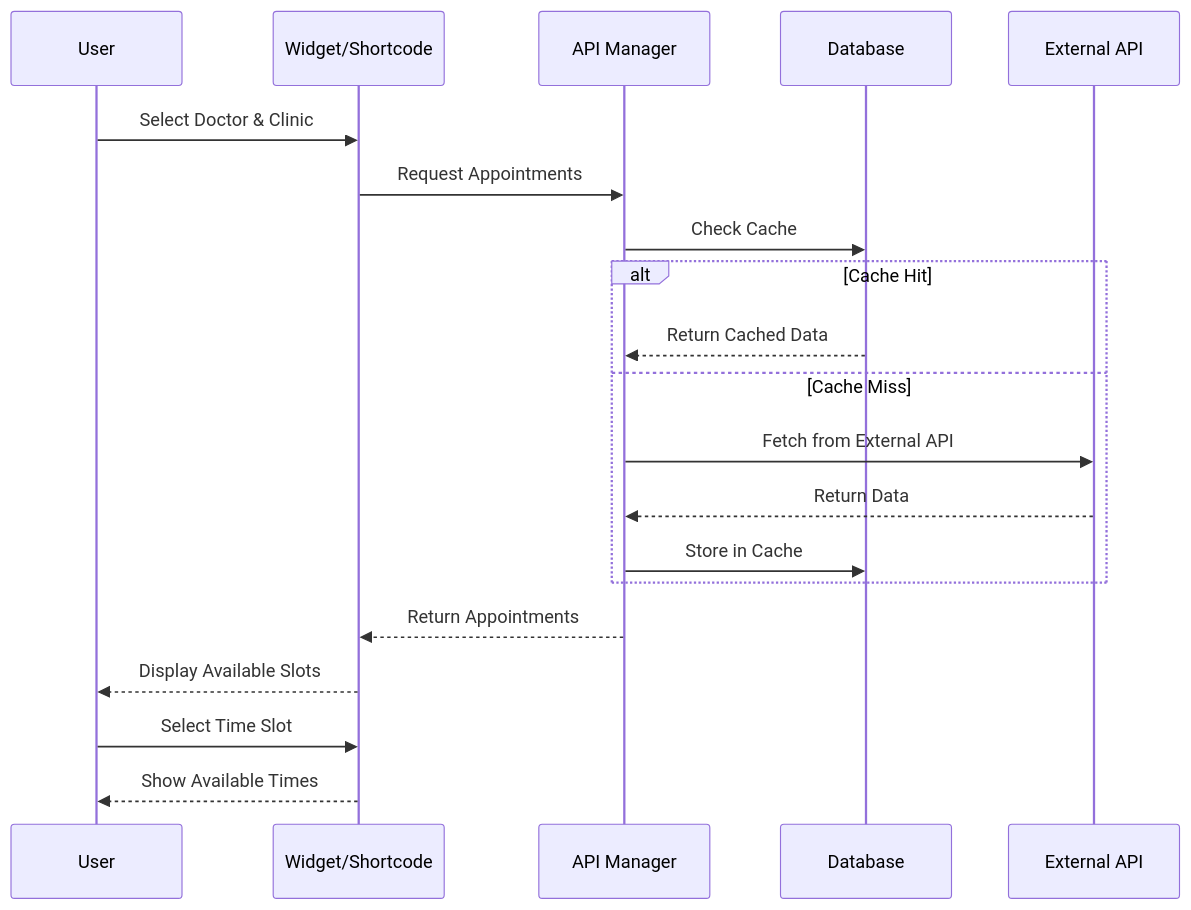
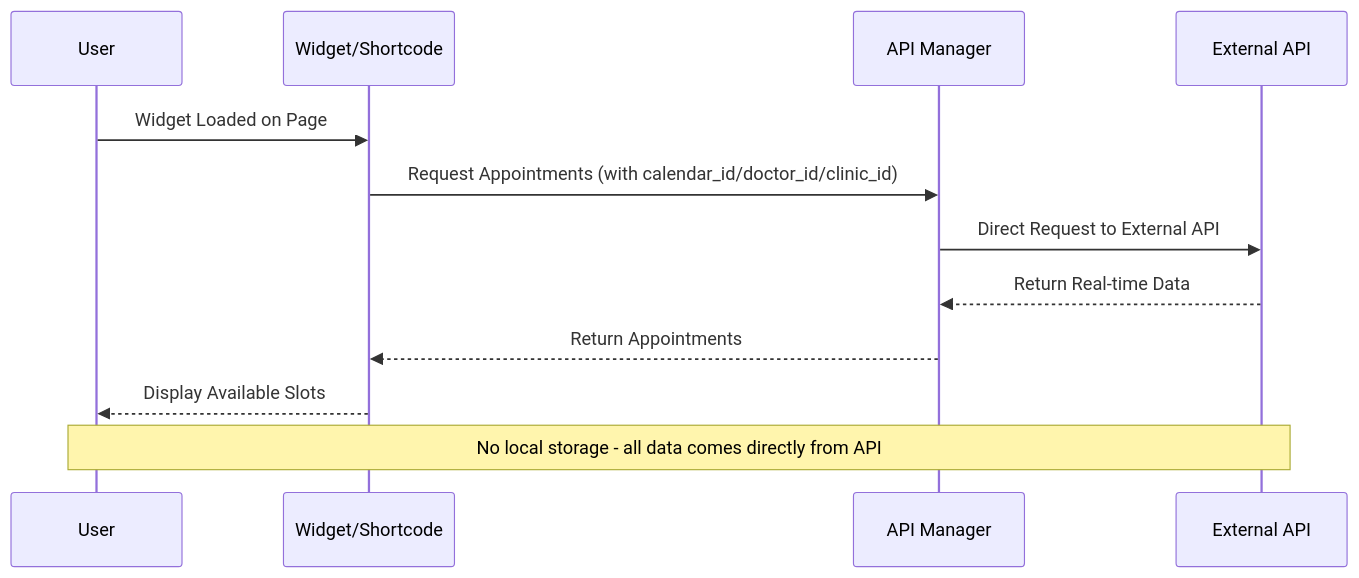
Before and after one commit to OrielBenMoshe/clinic-queue-management: the second of 6 diagrams in docs/ARCHITECTURE_DIAGRAM.md, drawn with Mermaid. The commit also changed other lines of this file and 78 other files, not shown here.

````diff
--- a/docs/ARCHITECTURE_DIAGRAM.md
+++ b/docs/ARCHITECTURE_DIAGRAM.md
@@ -86,24 +79,16 @@
 ```mermaid
 sequenceDiagram
     participant U as User
     participant W as Widget/Shortcode
     participant A as API Manager
-    participant D as Database
     participant E as External API
     
-    U->>W: Select Doctor & Clinic
-    W->>A: Request Appointments
-    A->>D: Check Cache
-    alt Cache Hit
-        D-->>A: Return Cached Data
-    else Cache Miss
-        A->>E: Fetch from External API
-        E-->>A: Return Data
-        A->>D: Store in Cache
-    end
+    U->>W: Widget Loaded on Page
+    W->>A: Request Appointments (with calendar_id/doctor_id/clinic_id)
+    A->>E: Direct Request to External API
+    E-->>A: Return Real-time Data
     A-->>W: Return Appointments
     W-->>U: Display Available Slots
     
-    U->>W: Select Time Slot
-    W-->>U: Show Available Times
+    Note over U,E: No local storage - all data comes directly from API
 ```
````
